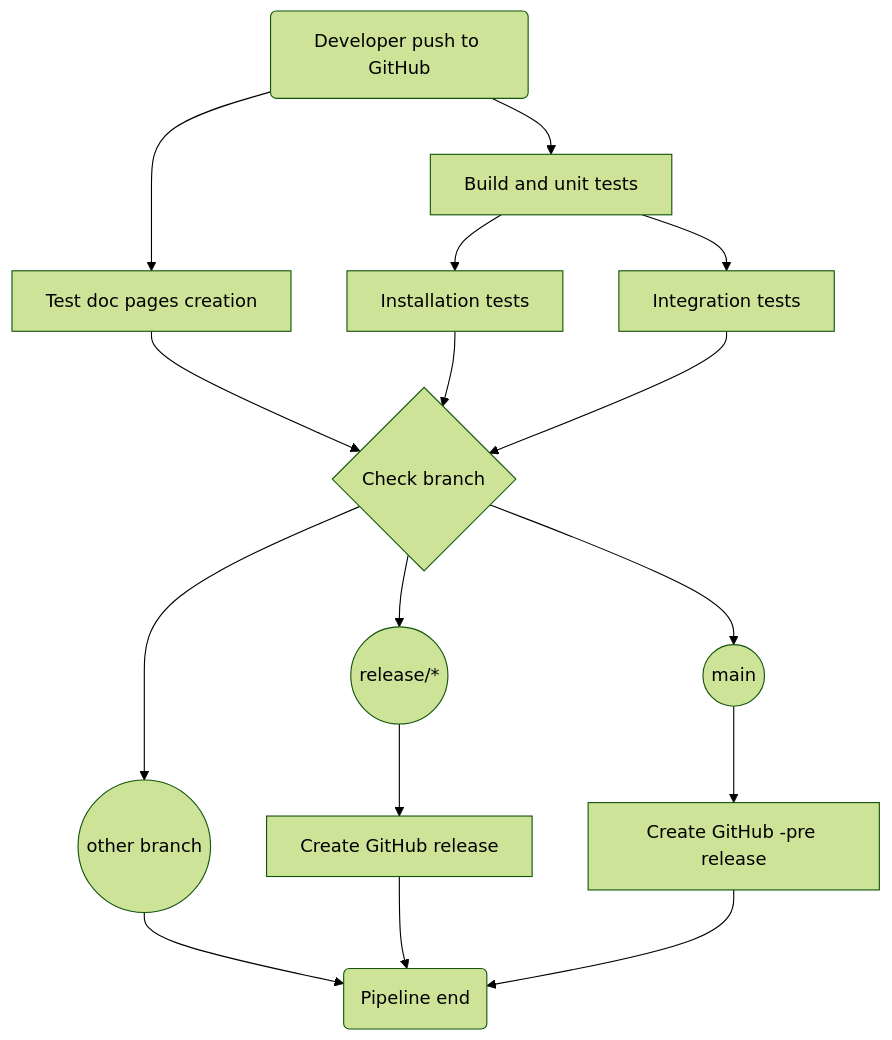
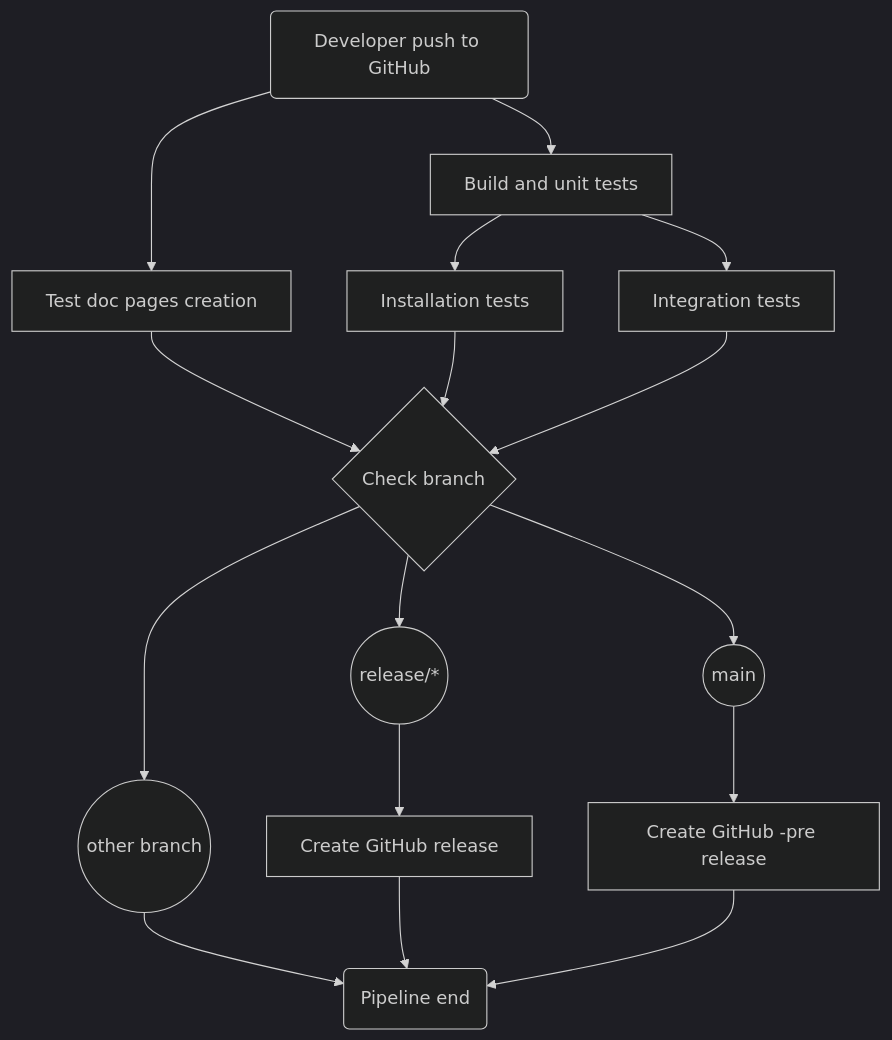
Before and after one commit to imker25/samba_exporter: the first of 2 diagrams in docs/DeveloperDocs/ActionsAndReleases.md, drawn with Mermaid. The commit also changed other lines of this file and 2 other files, not shown here.

Commit message:
Fix for #46. use dark theme fo all the charts

````diff
--- a/docs/DeveloperDocs/ActionsAndReleases.md
+++ b/docs/DeveloperDocs/ActionsAndReleases.md
@@ -9,32 +9,32 @@
 ```mermaid
-%%{init: {'theme':'forest'}}%%
+%%{init: {'theme':'dark'}}%%
 graph TD;
     push(Developer push to GitHub)
     build[Build and unit tests]
     docs[Test doc pages creation]
     insTest[Installation tests]
     intTest[Integration tests]
     checkBranch{Check branch}
     mainB((main))
     releaseB((release/*))
     otherB((other branch))
     preRel[Create GitHub -pre release]
     releaseP[Create GitHub release]
     done(Pipeline end)
 
     push-->build;
     push-->docs;
     build-->insTest;
     build-->intTest;
     docs-->checkBranch;
     insTest-->checkBranch;
     intTest-->checkBranch;
     checkBranch-->mainB
     checkBranch-->releaseB
     checkBranch-->otherB
     releaseB-->releaseP
     mainB-->preRel
     otherB-->done
     releaseP-->done
     preRel-->done
 ```
````
